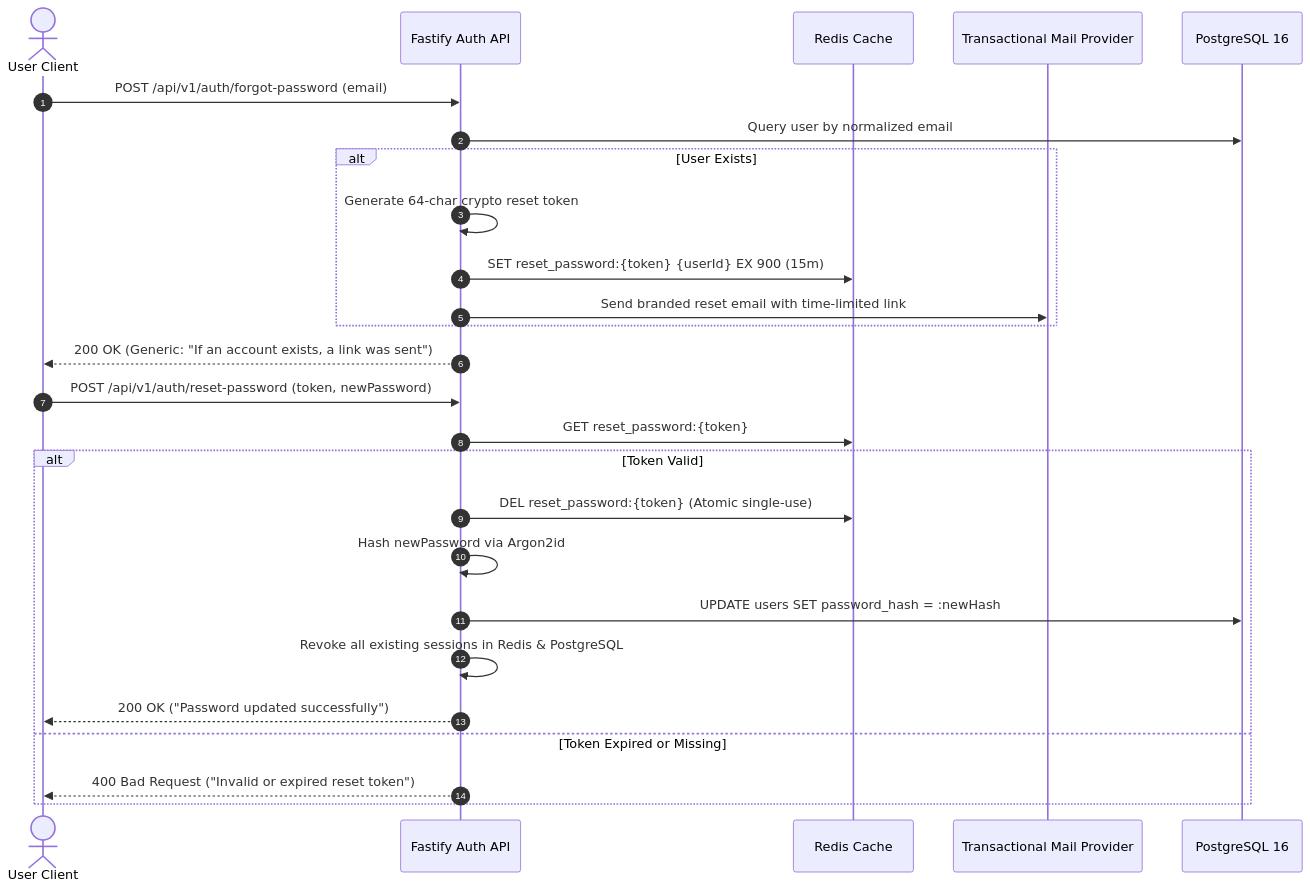
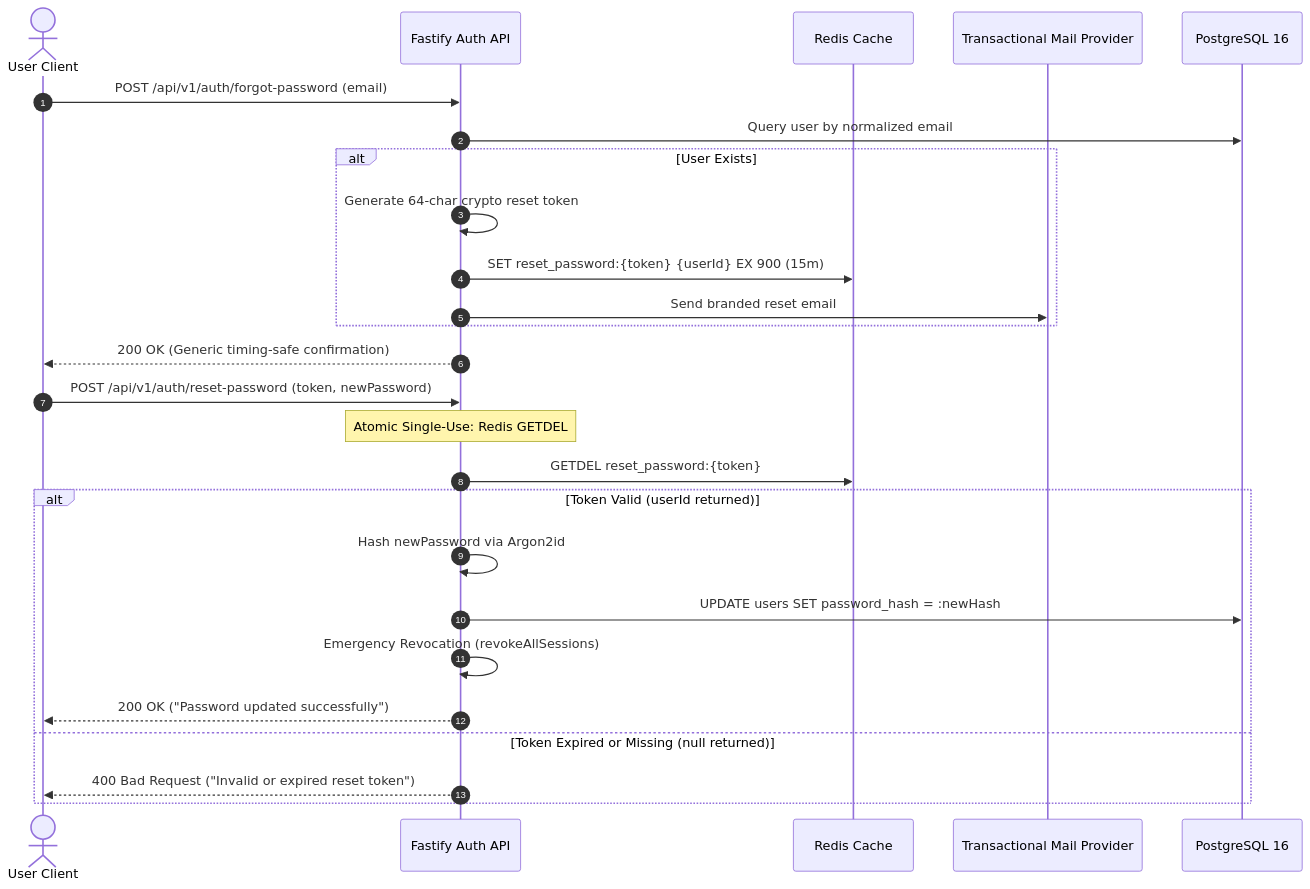
One commit to hrutavmodha/smex-store changed the fifth of 5 diagrams in docs/internal/design/lld/auth-and-sessions.md. Above: the diagram before and after it, drawn with Mermaid. The commit also changed other lines of this file and 25 other files, not shown here.

````diff
--- a/docs/internal/design/lld/auth-and-sessions.md
+++ b/docs/internal/design/lld/auth-and-sessions.md
@@ -261,29 +375,29 @@
 ```mermaid
 sequenceDiagram
     autonumber
     actor User as User Client
     participant API as Fastify Auth API
     participant Redis as Redis Cache
     participant Mailer as Transactional Mail Provider
     participant DB as PostgreSQL 16
 
     User->>API: POST /api/v1/auth/forgot-password (email)
     API->>DB: Query user by normalized email
     alt User Exists
         API->>API: Generate 64-char crypto reset token
         API->>Redis: SET reset_password:{token} {userId} EX 900 (15m)
-        API->>Mailer: Send branded reset email with time-limited link
+        API->>Mailer: Send branded reset email
     end
-    API-->>User: 200 OK (Generic: "If an account exists, a link was sent")
+    API-->>User: 200 OK (Generic timing-safe confirmation)
     User->>API: POST /api/v1/auth/reset-password (token, newPassword)
-    API->>Redis: GET reset_password:{token}
-    alt Token Valid
-        API->>Redis: DEL reset_password:{token} (Atomic single-use)
+    Note over API: Atomic Single-Use: Redis GETDEL
+    API->>Redis: GETDEL reset_password:{token}
+    alt Token Valid (userId returned)
         API->>API: Hash newPassword via Argon2id
         API->>DB: UPDATE users SET password_hash = :newHash
-        API->>API: Revoke all existing sessions in Redis & PostgreSQL
+        API->>API: Emergency Revocation (revokeAllSessions)
         API-->>User: 200 OK ("Password updated successfully")
-    else Token Expired or Missing
+    else Token Expired or Missing (null returned)
         API-->>User: 400 Bad Request ("Invalid or expired reset token")
     end
 ```
````
